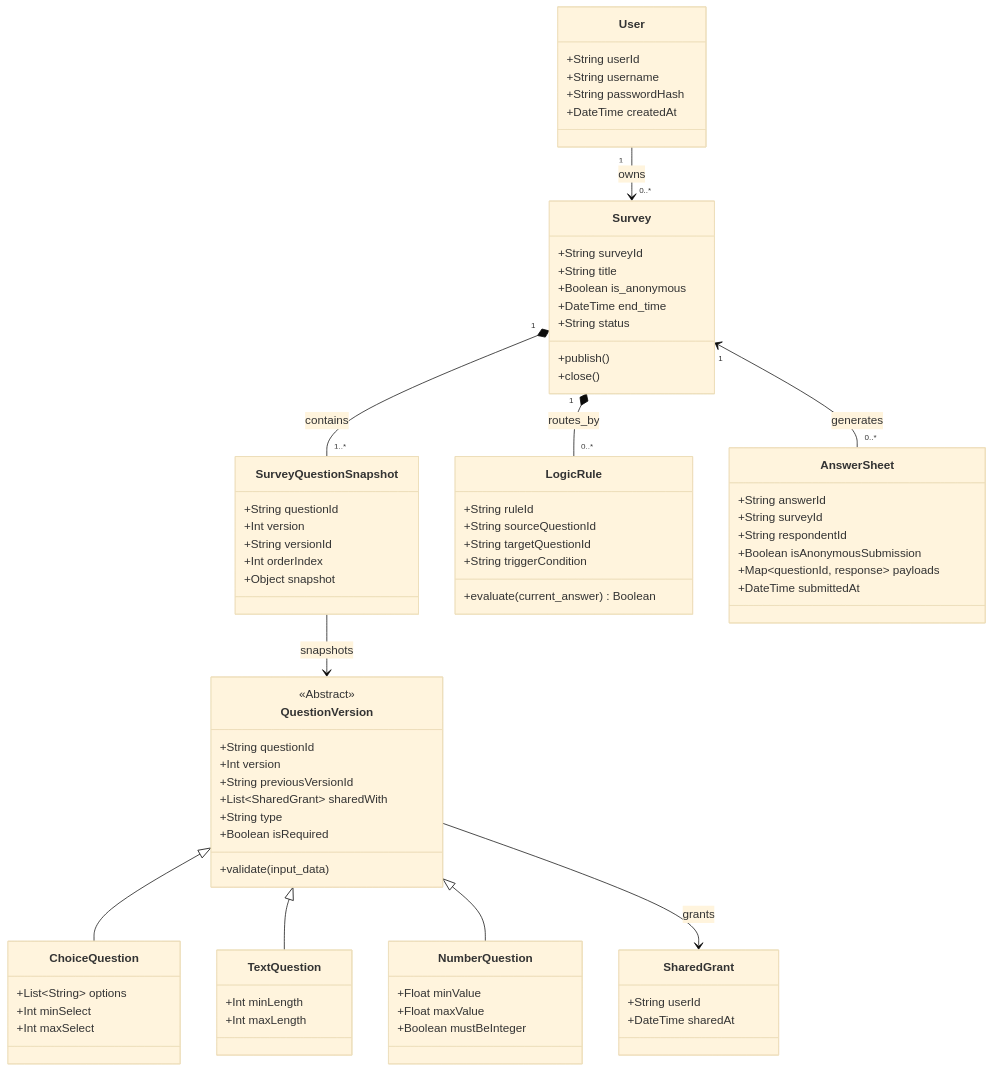
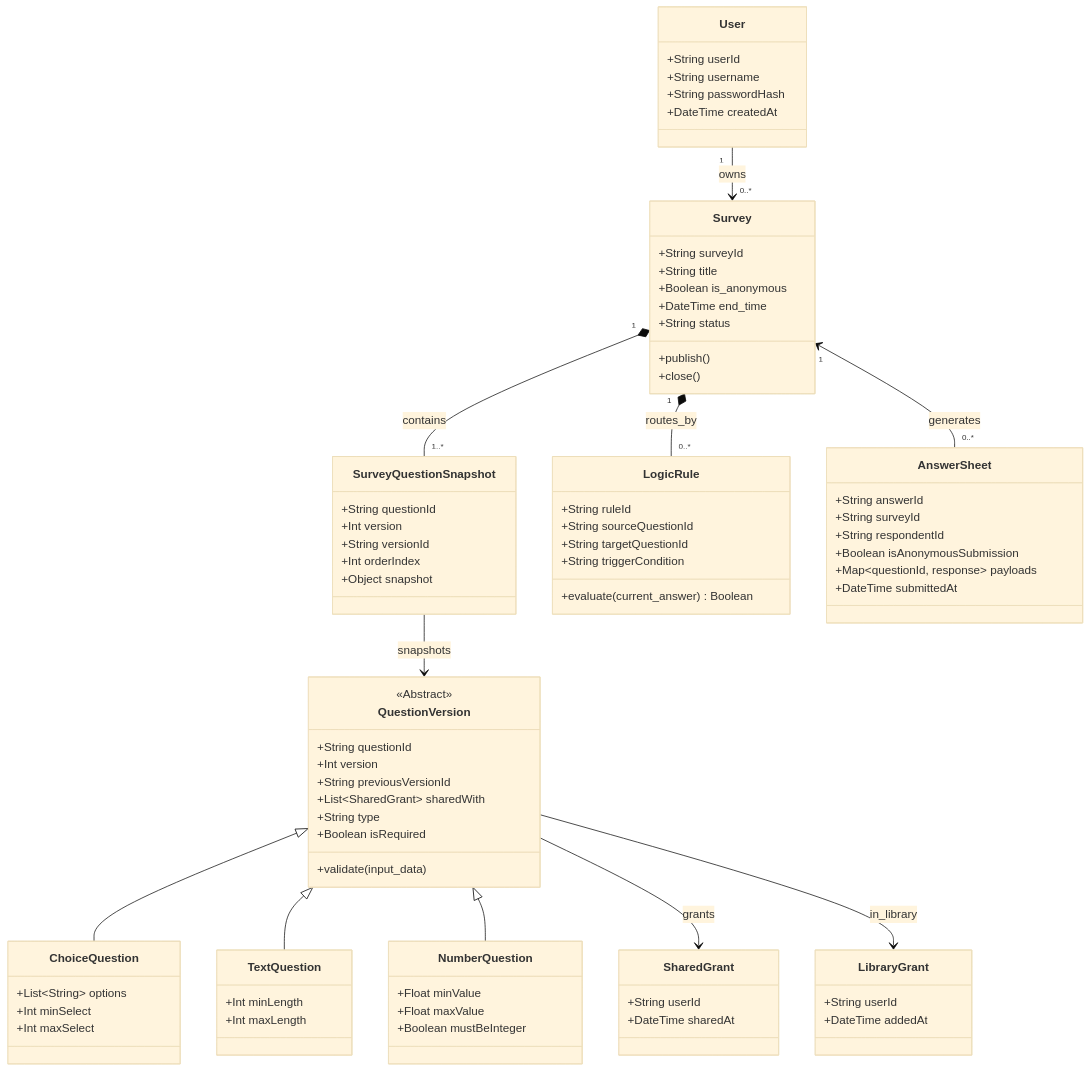
The fourth of 6 diagrams in doc/02-architecture.md (4bqwq/fastapi-mongo-survey), drawn with Mermaid (base theme) before and after one commit. The commit also changed other lines of this file and 9 other files, not shown here.

Commit message:
feat(question,library): implement personal question library with add/remove/browse endpoints and libraryMembers model

````diff
--- a/doc/02-architecture.md
+++ b/doc/02-architecture.md
@@ -147,6 +150,11 @@
     class SharedGrant {
         +String userId
         +DateTime sharedAt
+    }
+
+    class LibraryGrant {
+        +String userId
+        +DateTime addedAt
     }
 
     class SurveyQuestionSnapshot {
@@ -199,5 +207,6 @@
     QuestionVersion <|-- TextQuestion
     QuestionVersion <|-- NumberQuestion
     QuestionVersion --> SharedGrant : grants
+    QuestionVersion --> LibraryGrant : in_library
     SurveyQuestionSnapshot --> QuestionVersion : snapshots
 ```
````
